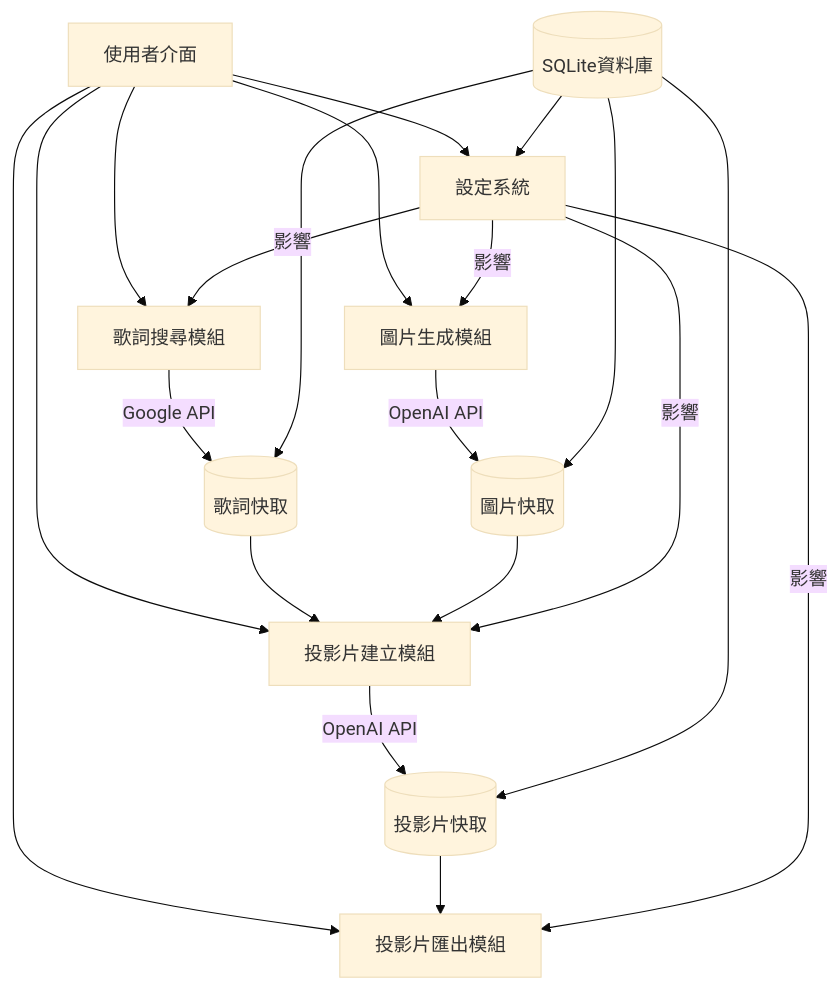
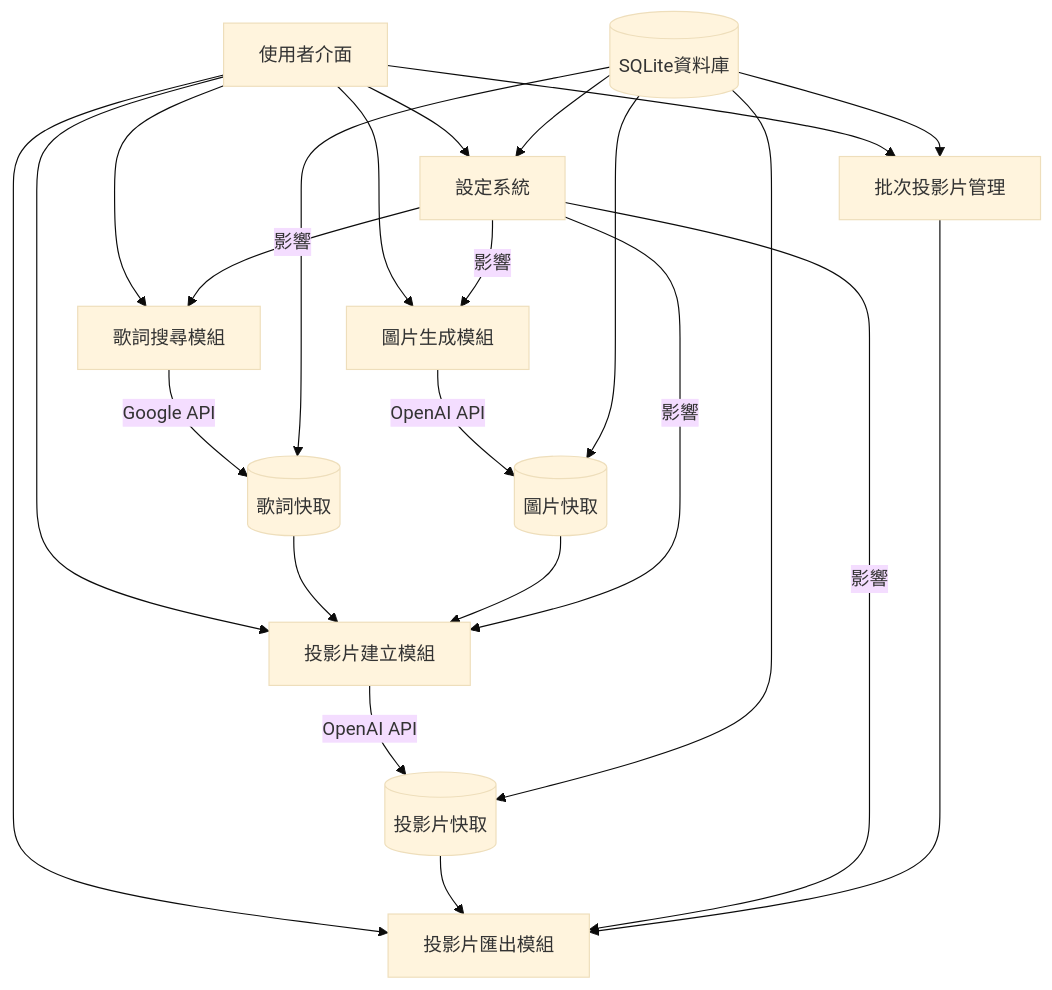
The diagram in 規格書.md (Jaychao2099/lyrics-to-slides), drawn with Mermaid (base theme) before and after one commit. The commit also changed other lines of this file and 4 other files, not shown here.

Commit message:
更新圖片生成提示詞模板，修正提示詞內容以提升生成效果；調整設定面板中的提示信息，刪除不必要的描述。新增批次投影片管理模組的功能描述及API設計，並更新專案結構以反映最新的模組劃分。

````diff
--- a/規格書.md
+++ b/規格書.md
@@ -45,26 +58,30 @@
 ```mermaid
 flowchart TD
     A[使用者介面] --> B[歌詞搜尋模組]
     A --> C[圖片生成模組]
     A --> D[投影片建立模組]
     A --> E[投影片匯出模組]
     A --> F[設定系統]
+    A --> K[批次投影片管理]
     
     B -->|Google API| G[(歌詞快取)]
     C -->|OpenAI API| H[(圖片快取)]
     D -->|OpenAI API| I[(投影片快取)]
     
     G --> D
     H --> D
     I --> E
     
     F -->|影響| B
     F -->|影響| C
     F -->|影響| D
     F -->|影響| E
     
     J[(SQLite資料庫)] --> F
     J --> G
     J --> H
     J --> I
+    J --> K
+    
+    K --> E
 ```
````
